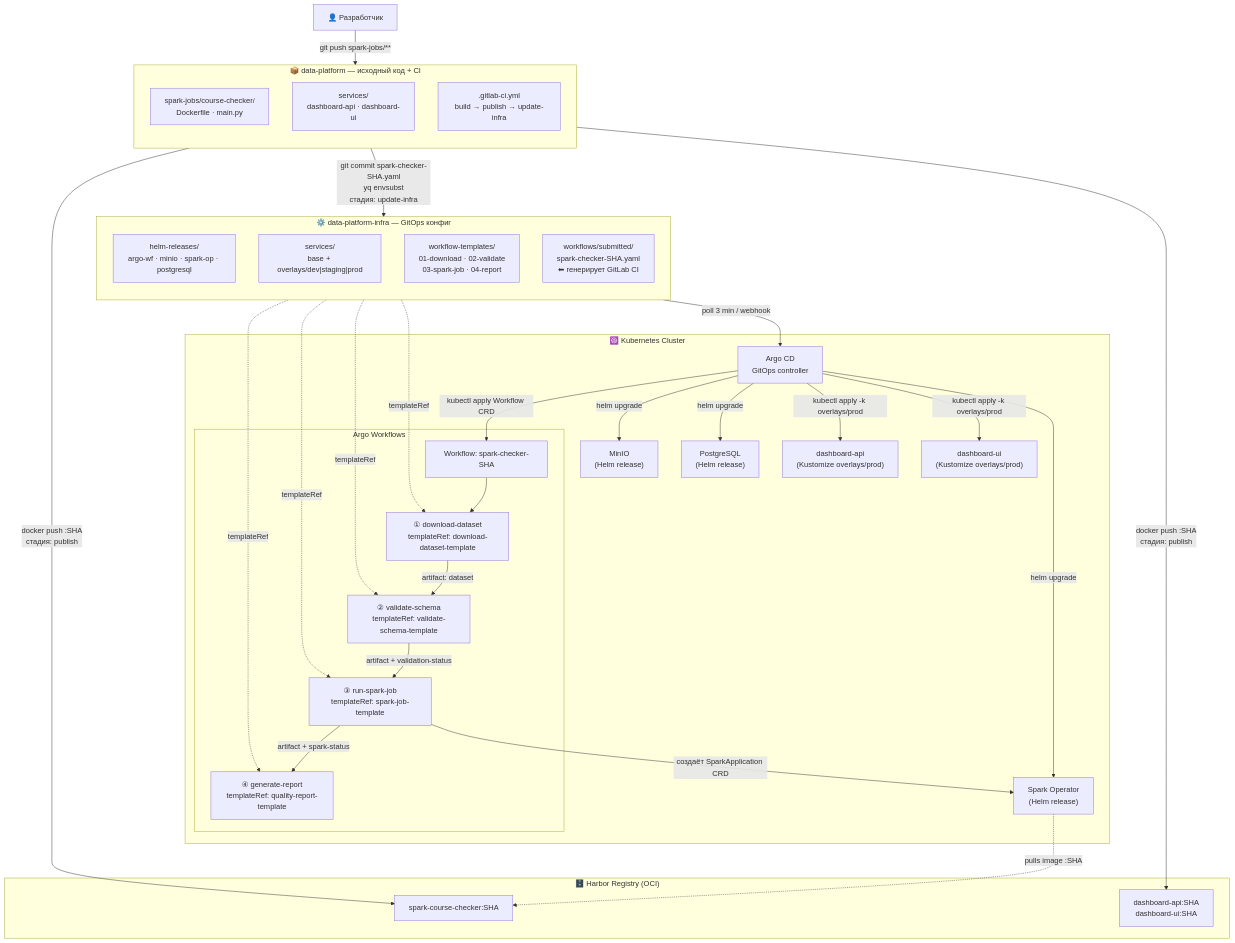
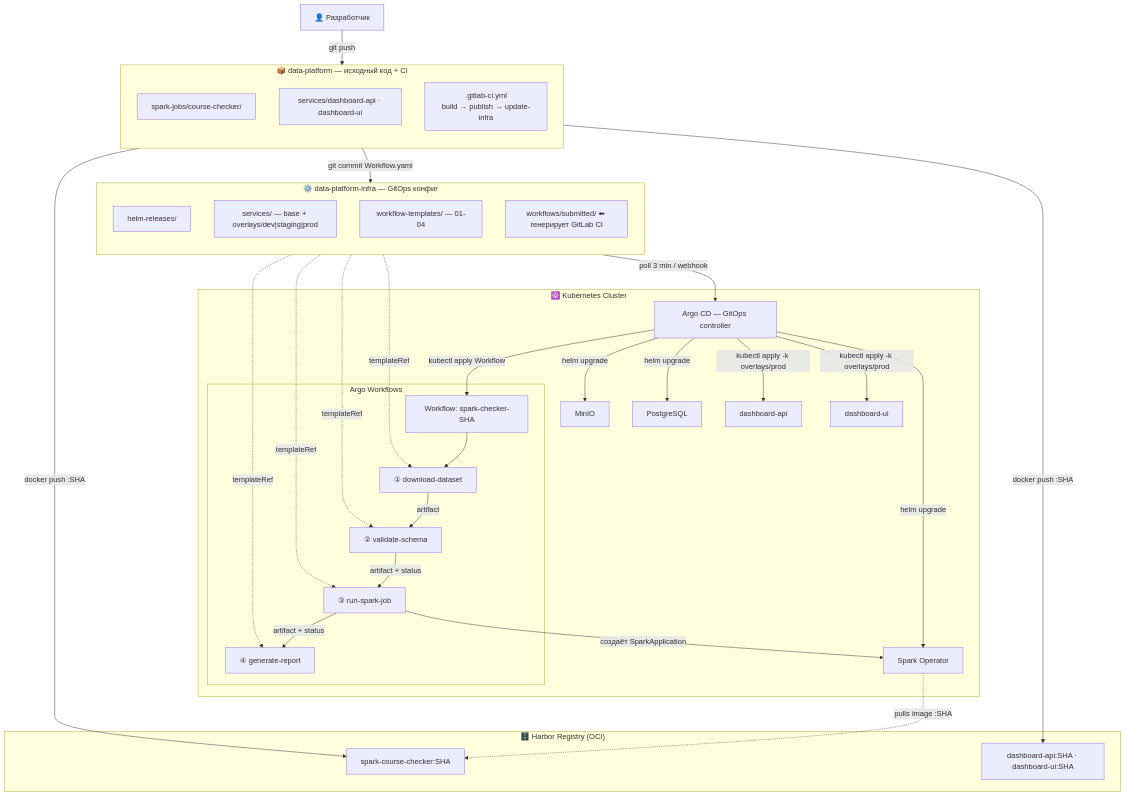
The diagram in README.md (farakhov0ruslan/pipelines-data-hw11), drawn with Mermaid before and after one commit. The commit also changed other lines of this file and 39 other files, not shown here.

````diff
--- a/README.md
+++ b/README.md
@@ -18,67 +18,67 @@
 ```mermaid
 flowchart TD
     Dev["👤 Разработчик"]
 
     subgraph SRC["📦 data-platform — исходный код + CI"]
         direction TB
-        SparkSrc["spark-jobs/course-checker/\nDockerfile · main.py"]
-        SvcSrc["services/\ndashboard-api · dashboard-ui"]
-        CI[".gitlab-ci.yml\nbuild → publish → update-infra"]
+        SparkSrc["spark-jobs/course-checker/"]
+        SvcSrc["services/dashboard-api · dashboard-ui"]
+        CI[".gitlab-ci.yml<br/>build → publish → update-infra"]
     end
 
     subgraph HARBOR["🗄️ Harbor Registry (OCI)"]
         SparkImg["spark-course-checker:SHA"]
-        SvcImg["dashboard-api:SHA\ndashboard-ui:SHA"]
+        SvcImg["dashboard-api:SHA · dashboard-ui:SHA"]
     end
 
     subgraph INFRA["⚙️ data-platform-infra — GitOps конфиг"]
         direction TB
-        HelmVals["helm-releases/\nargo-wf · minio · spark-op · postgresql"]
-        KustOverlays["services/\nbase + overlays/dev|staging|prod"]
-        WFTemplates["workflow-templates/\n01-download · 02-validate\n03-spark-job · 04-report"]
-        SubmittedWF["workflows/submitted/\nspark-checker-SHA.yaml\n⬅ генерирует GitLab CI"]
+        HelmVals["helm-releases/"]
+        KustOverlays["services/ — base + overlays/dev|staging|prod"]
+        WFTemplates["workflow-templates/ — 01-04"]
+        SubmittedWF["workflows/submitted/ ⬅ генерирует GitLab CI"]
     end
 
     subgraph K8S["☸️ Kubernetes Cluster"]
-        ArgoCD["Argo CD\nGitOps controller"]
+        ArgoCD["Argo CD — GitOps controller"]
 
         subgraph WF["Argo Workflows"]
             WFRun["Workflow: spark-checker-SHA"]
-            T1["① download-dataset\ntemplateRef: download-dataset-template"]
-            T2["② validate-schema\ntemplateRef: validate-schema-template"]
-            T3["③ run-spark-job\ntemplateRef: spark-job-template"]
-            T4["④ generate-report\ntemplateRef: quality-report-template"]
+            T1["① download-dataset"]
+            T2["② validate-schema"]
+            T3["③ run-spark-job"]
+            T4["④ generate-report"]
         end
 
-        SparkOp["Spark Operator\n(Helm release)"]
-        MinIO["MinIO\n(Helm release)"]
-        PG["PostgreSQL\n(Helm release)"]
-        DashAPI["dashboard-api\n(Kustomize overlays/prod)"]
-        DashUI["dashboard-ui\n(Kustomize overlays/prod)"]
+        SparkOp["Spark Operator"]
+        MinIO["MinIO"]
+        PG["PostgreSQL"]
+        DashAPI["dashboard-api"]
+        DashUI["dashboard-ui"]
     end
 
-    Dev -->|"git push spark-jobs/**"| CI
-    CI -->|"docker push :SHA\nстадия: publish"| SparkImg
-    CI -->|"docker push :SHA\nстадия: publish"| SvcImg
-    CI -->|"git commit spark-checker-SHA.yaml\nyq envsubst\nстадия: update-infra"| SubmittedWF
+    Dev -->|"git push"| CI
+    CI -->|"docker push :SHA"| SparkImg
+    CI -->|"docker push :SHA"| SvcImg
+    CI -->|"git commit Workflow.yaml"| SubmittedWF
 
     INFRA -->|"poll 3 min / webhook"| ArgoCD
-    ArgoCD -->|"kubectl apply Workflow CRD"| WFRun
+    ArgoCD -->|"kubectl apply Workflow"| WFRun
     ArgoCD -->|"helm upgrade"| MinIO
     ArgoCD -->|"helm upgrade"| PG
     ArgoCD -->|"helm upgrade"| SparkOp
     ArgoCD -->|"kubectl apply -k overlays/prod"| DashAPI
     ArgoCD -->|"kubectl apply -k overlays/prod"| DashUI
 
     WFRun --> T1
-    T1 -->|"artifact: dataset"| T2
-    T2 -->|"artifact + validation-status"| T3
-    T3 -->|"artifact + spark-status"| T4
-    T3 -->|"создаёт SparkApplication CRD"| SparkOp
+    T1 -->|"artifact"| T2
+    T2 -->|"artifact + status"| T3
+    T3 -->|"artifact + status"| T4
+    T3 -->|"создаёт SparkApplication"| SparkOp
     SparkOp -.->|"pulls image :SHA"| SparkImg
 
     WFTemplates -.->|"templateRef"| T1
     WFTemplates -.->|"templateRef"| T2
     WFTemplates -.->|"templateRef"| T3
     WFTemplates -.->|"templateRef"| T4
 ```
````
